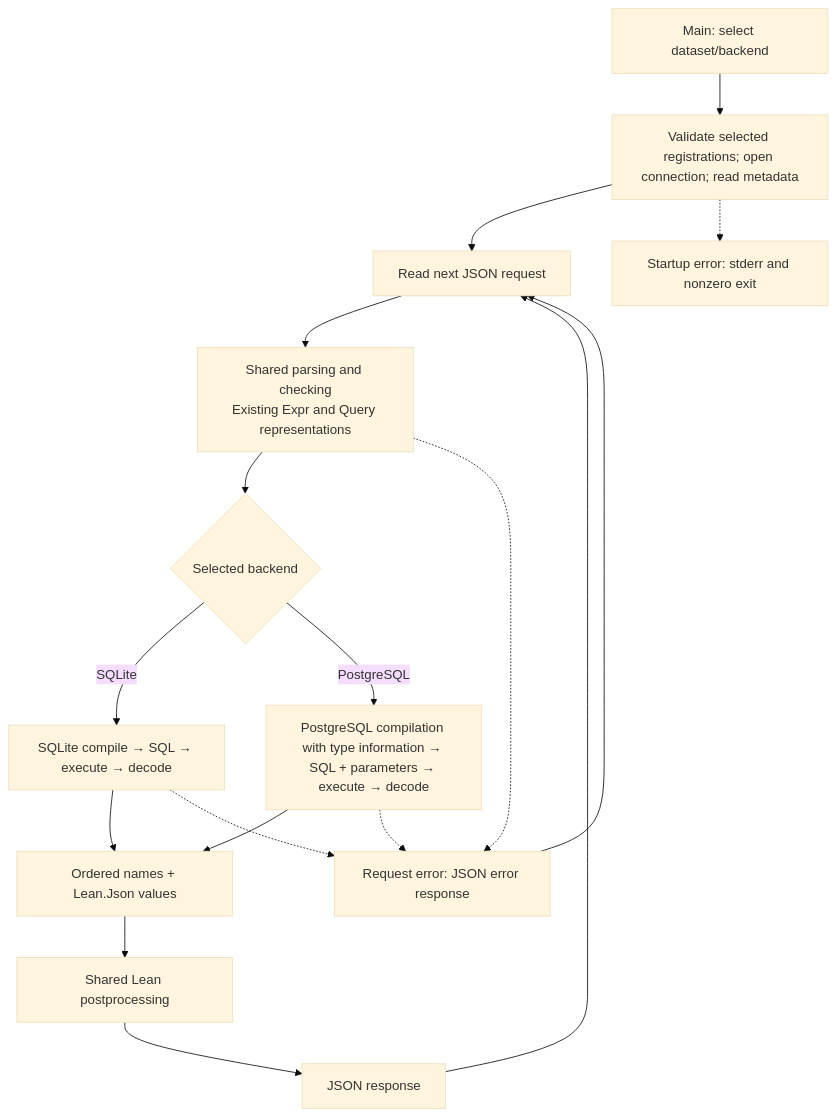
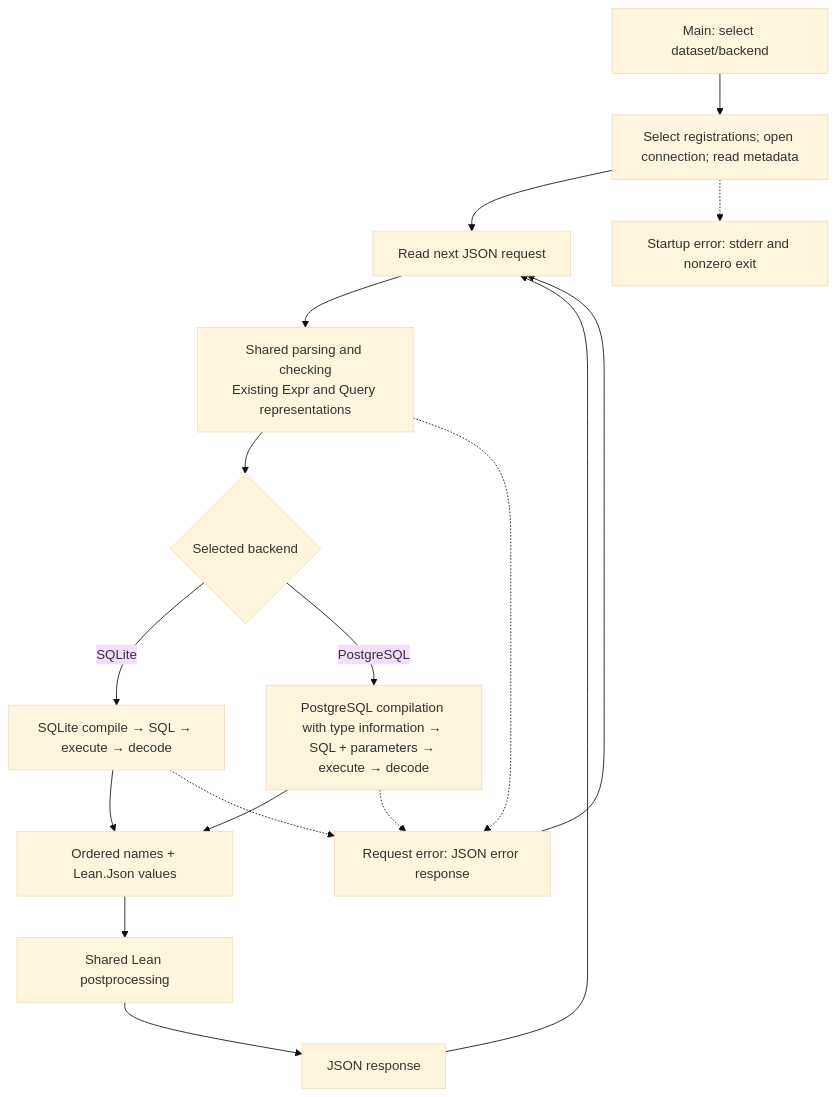
One commit to IMFM-SI/bridge-query-language changed the diagram in docs/postgresql/ARCHITECTURE.md. Above: the diagram before and after it, drawn with Mermaid (base theme). The commit also changed other lines of this file and 2 other files, not shown here.

````diff
--- a/docs/postgresql/ARCHITECTURE.md
+++ b/docs/postgresql/ARCHITECTURE.md
@@ -7,25 +7,25 @@
 ```mermaid
 flowchart TD
     Startup["Main: select dataset/backend"]
-    Validate["Validate selected registrations; open connection; read metadata"]
+    Validate["Select registrations; open connection; read metadata"]
     Ready["Read next JSON request"]
     Frontend["Shared parsing and checking<br/>Existing Expr and Query representations"]
     Choice{"Selected backend"}
     SQLite["SQLite compile → SQL → execute → decode"]
     PostgreSQL["PostgreSQL compilation with type information → SQL + parameters → execute → decode"]
     Rows["Ordered names + Lean.Json values"]
     Post["Shared Lean postprocessing"]
     Response["JSON response"]
     Startup --> Validate --> Ready
     Ready --> Frontend --> Choice
     Choice -->|SQLite| SQLite
     Choice -->|PostgreSQL| PostgreSQL
     SQLite --> Rows
     PostgreSQL --> Rows
     Rows --> Post --> Response --> Ready
     Validate -.-> StartupError["Startup error: stderr and nonzero exit"]
     Frontend -.-> RequestError["Request error: JSON error response"]
     SQLite -.-> RequestError
     PostgreSQL -.-> RequestError
     RequestError --> Ready
 ```
````
